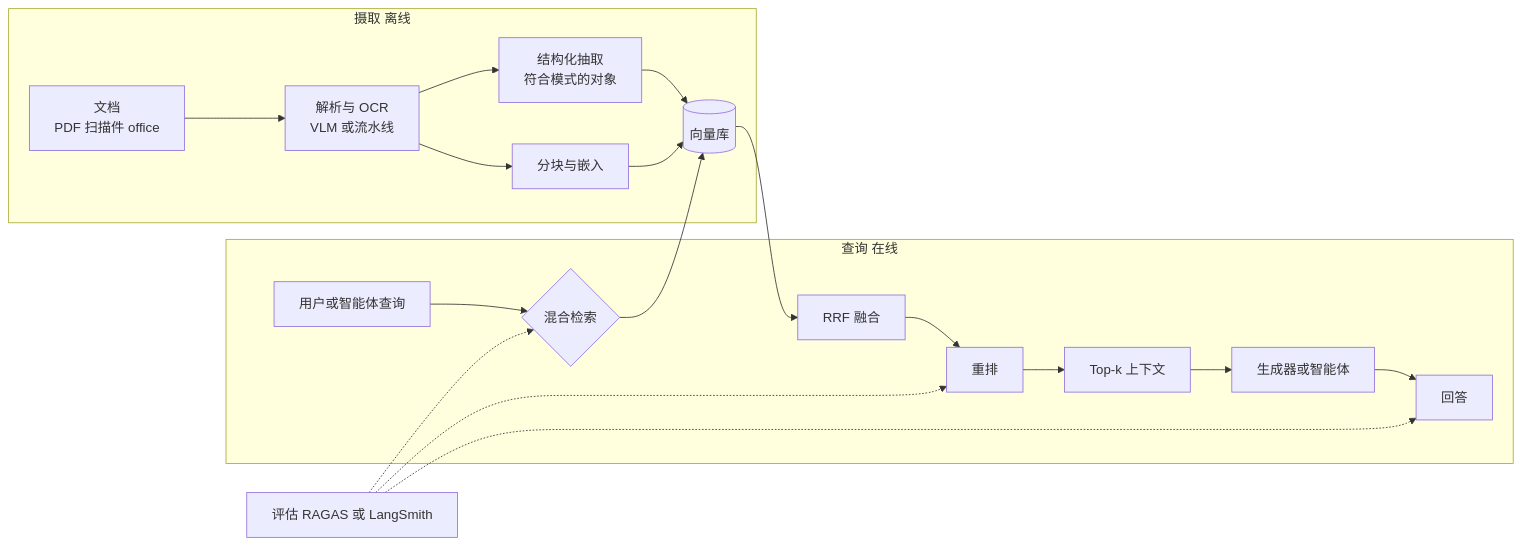
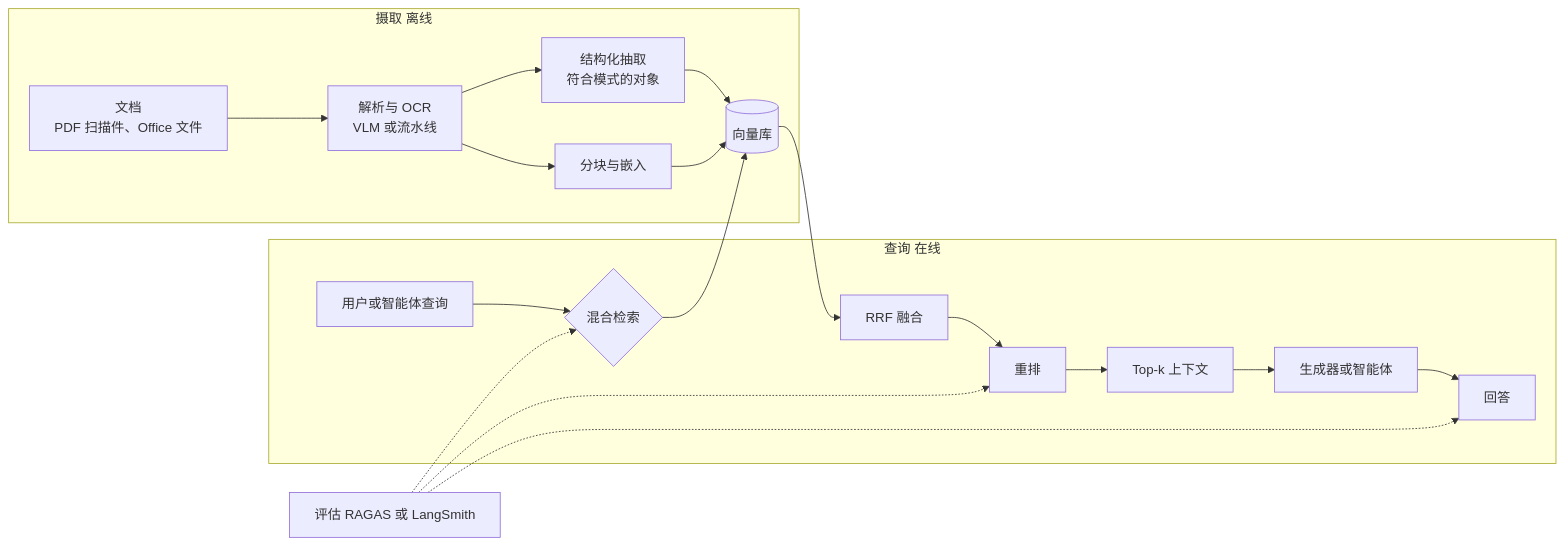
One commit to latere-ai/ai-as-an-infrastructure changed the diagram in zh/practice/06-retrieval-and-documents.qmd. Above: the diagram before and after it, drawn with Mermaid. The commit also changed 273 other files, not shown here.

Commit message:
docs: localize Chinese diagrams

````diff
--- a/zh/practice/06-retrieval-and-documents.qmd
+++ b/zh/practice/06-retrieval-and-documents.qmd
@@ -17,20 +17,20 @@
 ```{mermaid}
 %%| label: fig-retrieval-pipeline
 %%| fig-cap: "检索与文档智能流水线，从原始文档到有依据的回答。摄取在离线，查询在在线，评估观测两者。"
 flowchart LR
   subgraph Ingest ["摄取 离线"]
-    D["文档<br>PDF 扫描件 office"] --> P["解析与 OCR<br>VLM 或流水线"]
+    D["文档<br>PDF 扫描件、Office 文件"] --> P["解析与 OCR<br>VLM 或流水线"]
     P --> X["结构化抽取<br>符合模式的对象"]
     P --> C[分块与嵌入]
     X --> VDB[(向量库)]
     C --> VDB
   end
   subgraph Query ["查询 在线"]
     Q[用户或智能体查询] --> H{混合检索}
     H --> VDB
     VDB --> F[RRF 融合] --> RR[重排] --> CTX[Top-k 上下文] --> LLM[生成器或智能体] --> A[回答]
   end
   EVAL[评估 RAGAS 或 LangSmith] -.-> H
   EVAL -.-> RR
   EVAL -.-> A
 ```
````
